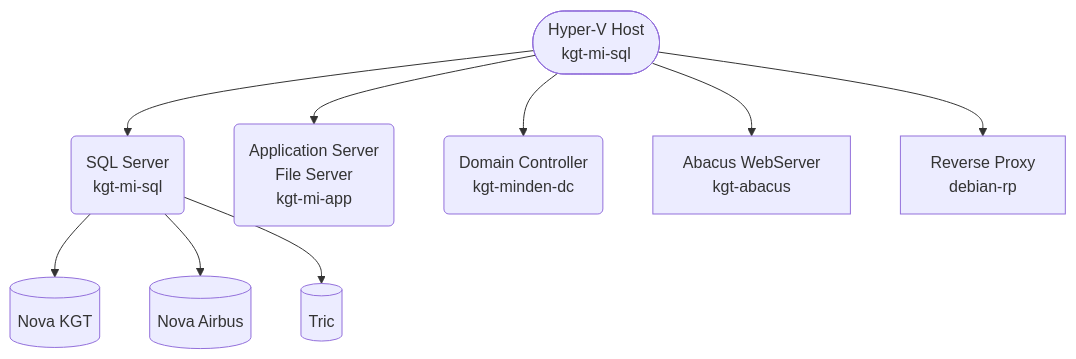
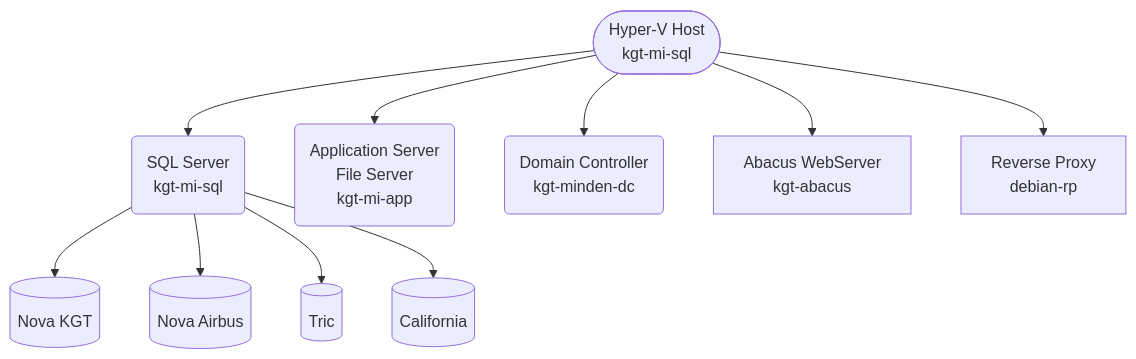
Before and after one commit to WickedLink/konfiguration: the diagram in Dokumentation/windows.md, drawn with Mermaid. The commit also changed other lines of this file, not shown here.

````diff
--- a/Dokumentation/windows.md
+++ b/Dokumentation/windows.md
@@ -90,11 +131,12 @@
 ```mermaid
 graph TD;
     kgt-mi-hv([Hyper-V Host <br> kgt-mi-sql]) --> kgt-mi-sql(SQL Server <br> kgt-mi-sql);
     kgt-mi-hv --> kgt-mi-app("Application Server <br> File Server <br> kgt-mi-app");
     kgt-mi-hv --> kgt-minden-dc("Domain Controller <br> kgt-minden-dc");
     kgt-mi-hv --> kgt-mi-abacus["Abacus WebServer <br> kgt-abacus"];
     kgt-mi-hv --> kgt-mi-rp["Reverse Proxy <br> debian-rp"];
     kgt-mi-sql --> novadb[(Nova KGT)];
-    kgt-mi-sql --> calidb[(Nova Airbus)];
+    kgt-mi-sql --> airbusdb[(Nova Airbus)];
     kgt-mi-sql --> tricdb[(Tric)];
+    kgt-mi-sql --> calidb[(California)];
 ```
````
